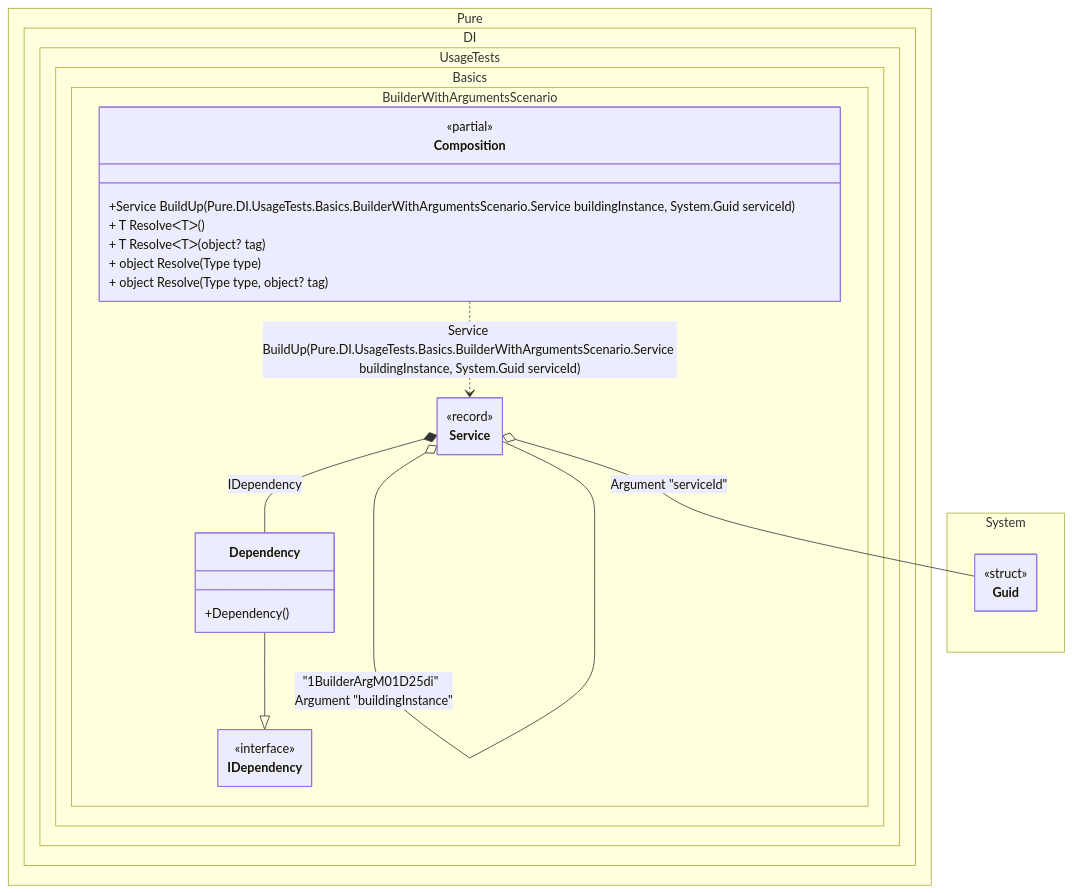
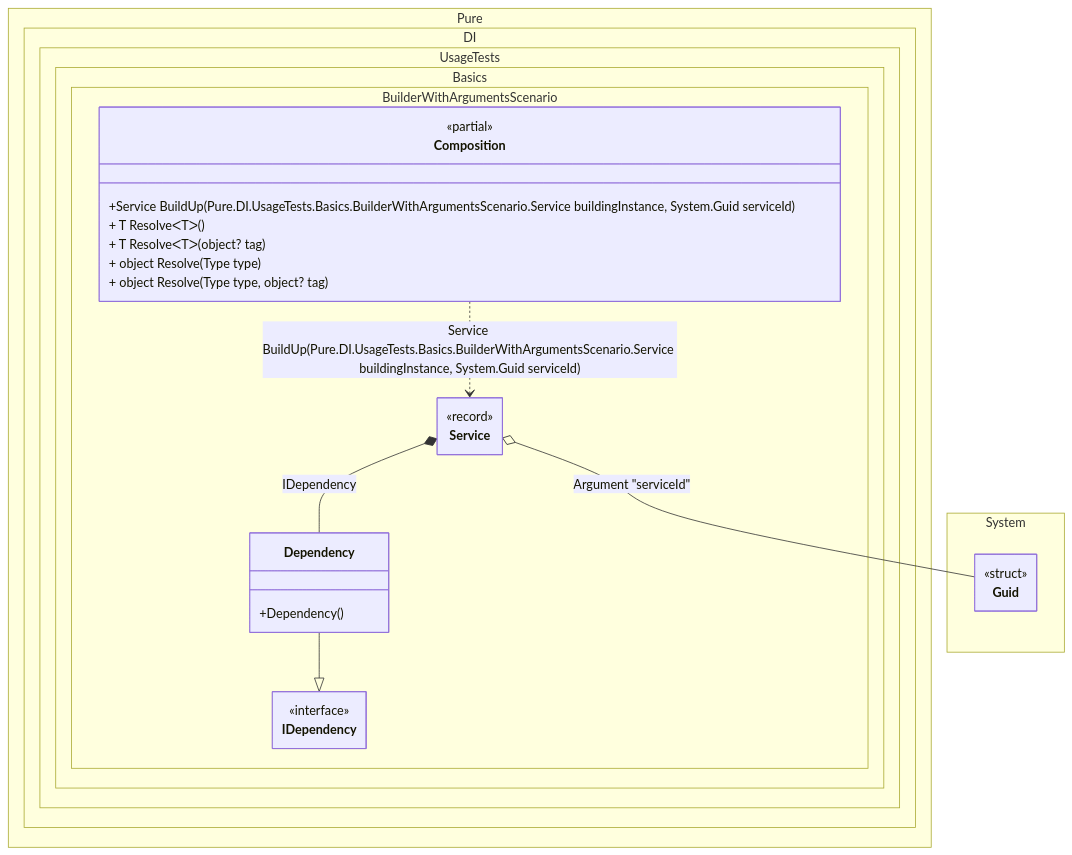
Before and after one commit to DevTeam/Pure.DI: the diagram in readme/builders-with-arguments.md, drawn with Mermaid. The commit also changed 3 other files, not shown here.

````diff
--- a/readme/builders-with-arguments.md
+++ b/readme/builders-with-arguments.md
@@ -154,37 +154,36 @@
 ```mermaid
 ---
  config:
   class:
    hideEmptyMembersBox: true
 ---
 classDiagram
 	Dependency --|> IDependency
 	Composition ..> Service : Service BuildUp(Pure.DI.UsageTests.Basics.BuilderWithArgumentsScenario.Service buildingInstance, System.Guid serviceId)
-	Service o-- Service : "1BuilderArgM01D25di"  Argument "buildingInstance"
 	Service *--  Dependency : IDependency
 	Service o-- Guid : Argument "serviceId"
 	namespace Pure.DI.UsageTests.Basics.BuilderWithArgumentsScenario {
 		class Composition {
 		<<partial>>
 		+Service BuildUp(Pure.DI.UsageTests.Basics.BuilderWithArgumentsScenario.Service buildingInstance, System.Guid serviceId)
 		+ T ResolveᐸTᐳ()
 		+ T ResolveᐸTᐳ(object? tag)
 		+ object Resolve(Type type)
 		+ object Resolve(Type type, object? tag)
 		}
 		class Dependency {
 			+Dependency()
 		}
 		class IDependency {
 			<<interface>>
 		}
 		class Service {
 			<<record>>
 		}
 	}
 	namespace System {
 		class Guid {
 				<<struct>>
 		}
 	}
 ```
````
